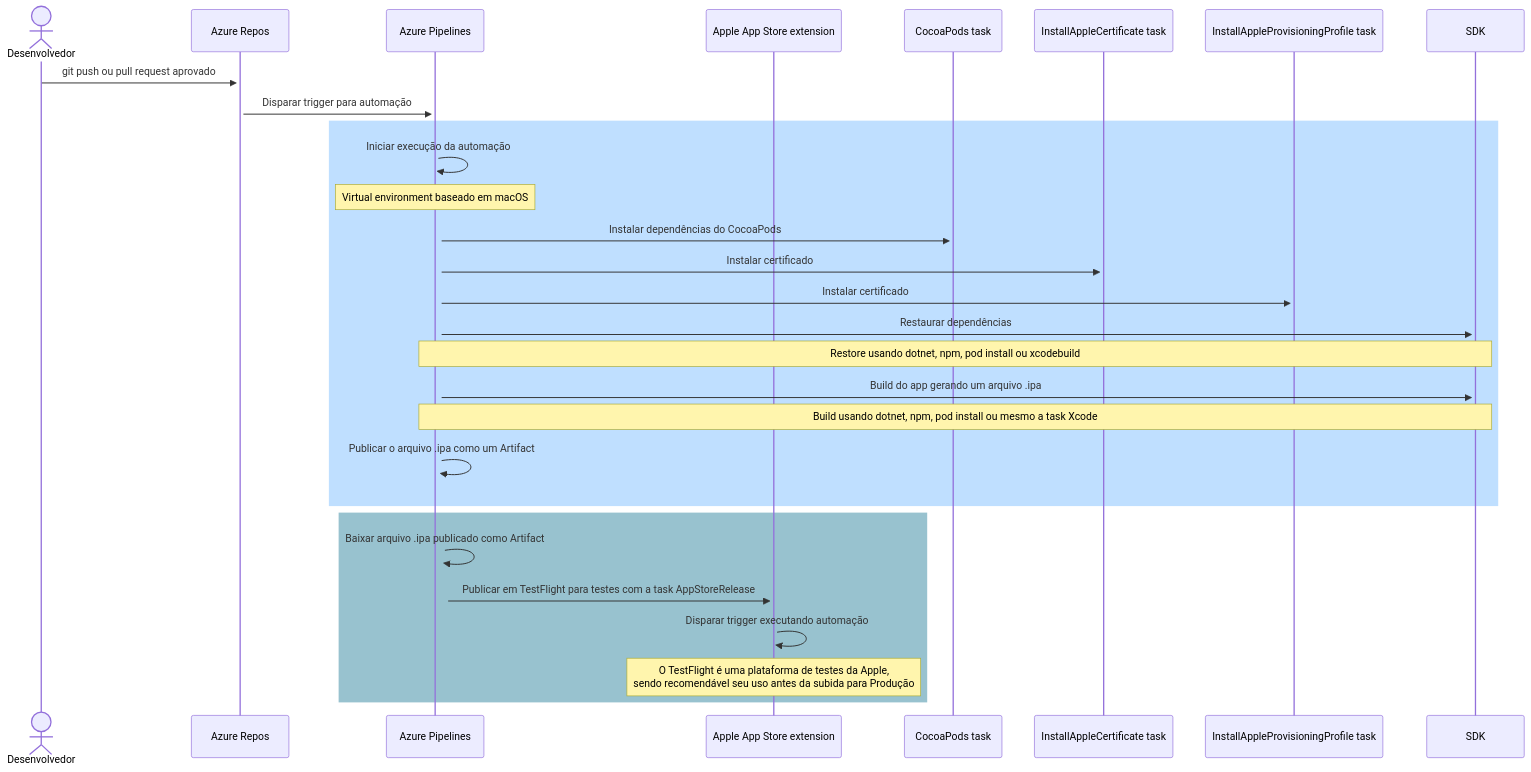
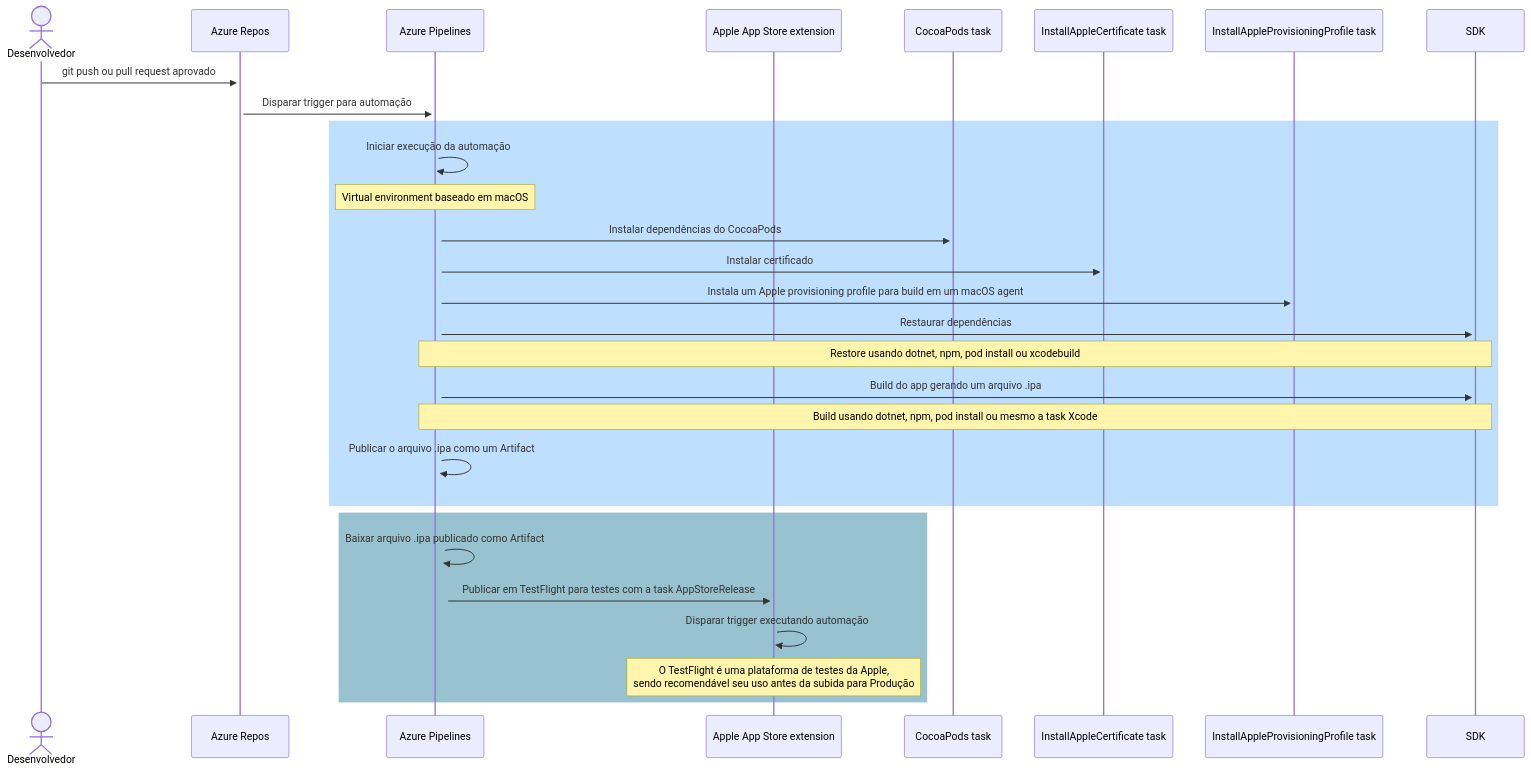
The diagram in README.md (renatogroffe/AzureDevOps-Build-iOS), drawn with Mermaid before and after one commit.

````diff
--- a/README.md
+++ b/README.md
@@ -8,31 +8,31 @@
 ```mermaid
 sequenceDiagram
     actor Desenvolvedor
     participant Azure Repos
     participant Azure Pipelines
     participant Apple App Store extension
     participant CocoaPods task
     participant InstallAppleCertificate task
     participant InstallAppleProvisioningProfile task
     participant SDK
     Desenvolvedor->>+Azure Repos: git push ou pull request aprovado
     Azure Repos->>+Azure Pipelines: Disparar trigger para automação
     rect rgb(191, 223, 255)
     Azure Pipelines->>+Azure Pipelines: Iniciar execução da automação
     Note over Azure Pipelines,Azure Pipelines: Virtual environment baseado em macOS
     Azure Pipelines->>+CocoaPods task: Instalar dependências do CocoaPods
     Azure Pipelines->>+InstallAppleCertificate task: Instalar certificado
-    Azure Pipelines->>+InstallAppleProvisioningProfile task: Instalar certificado
+    Azure Pipelines->>+InstallAppleProvisioningProfile task: Instala um Apple provisioning profile para build em um macOS agent
     Azure Pipelines->>+SDK: Restaurar dependências
     Note over Azure Pipelines,SDK: Restore usando dotnet, npm, pod install ou xcodebuild
     Azure Pipelines->>+SDK: Build do app gerando um arquivo .ipa
     Note over Azure Pipelines,SDK: Build usando dotnet, npm, pod install ou mesmo a task Xcode
     Azure Pipelines->>+Azure Pipelines: Publicar o arquivo .ipa como um Artifact
     end
     rect rgb(152, 194, 207)
     Azure Pipelines->>+Azure Pipelines: Baixar arquivo .ipa publicado como Artifact
     Azure Pipelines->>+Apple App Store extension: Publicar em TestFlight para testes com a task AppStoreRelease
     Apple App Store extension->>+Apple App Store extension: Disparar trigger executando automação
     Note over Apple App Store extension,Apple App Store extension: O TestFlight é uma plataforma de testes da Apple,<br/>sendo recomendável seu uso antes da subida para Produção
     end
 ```
````
